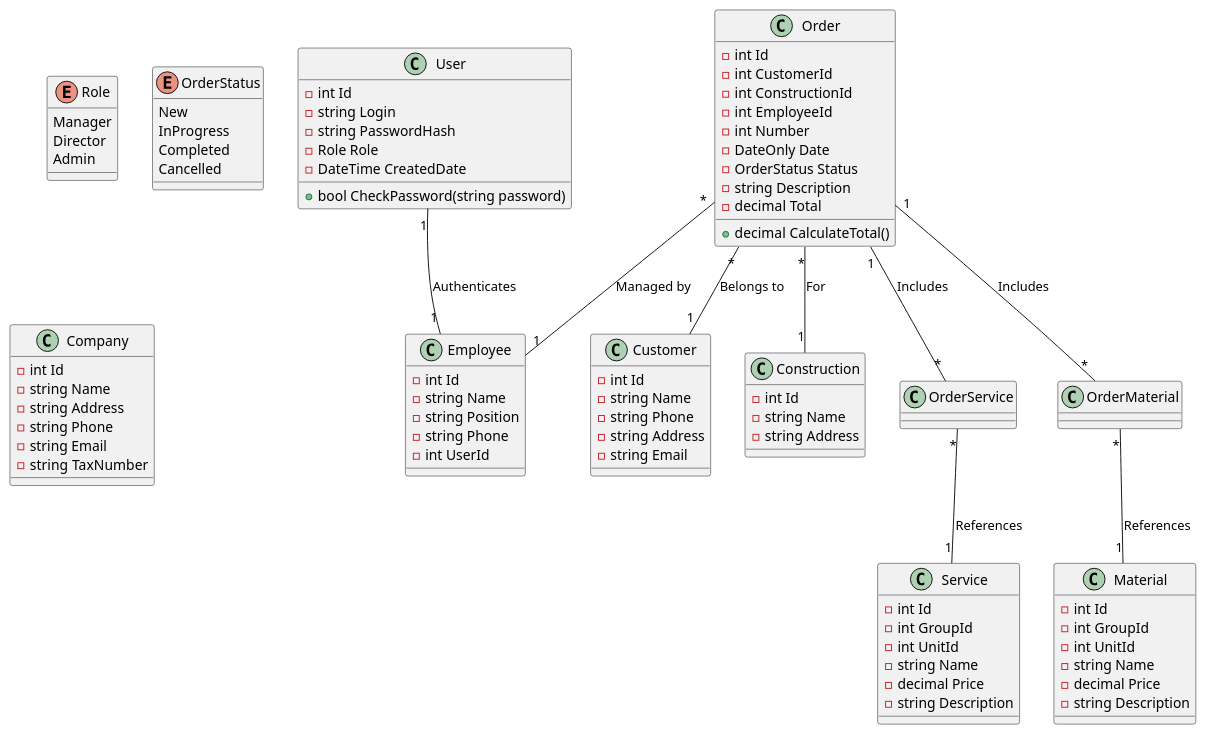
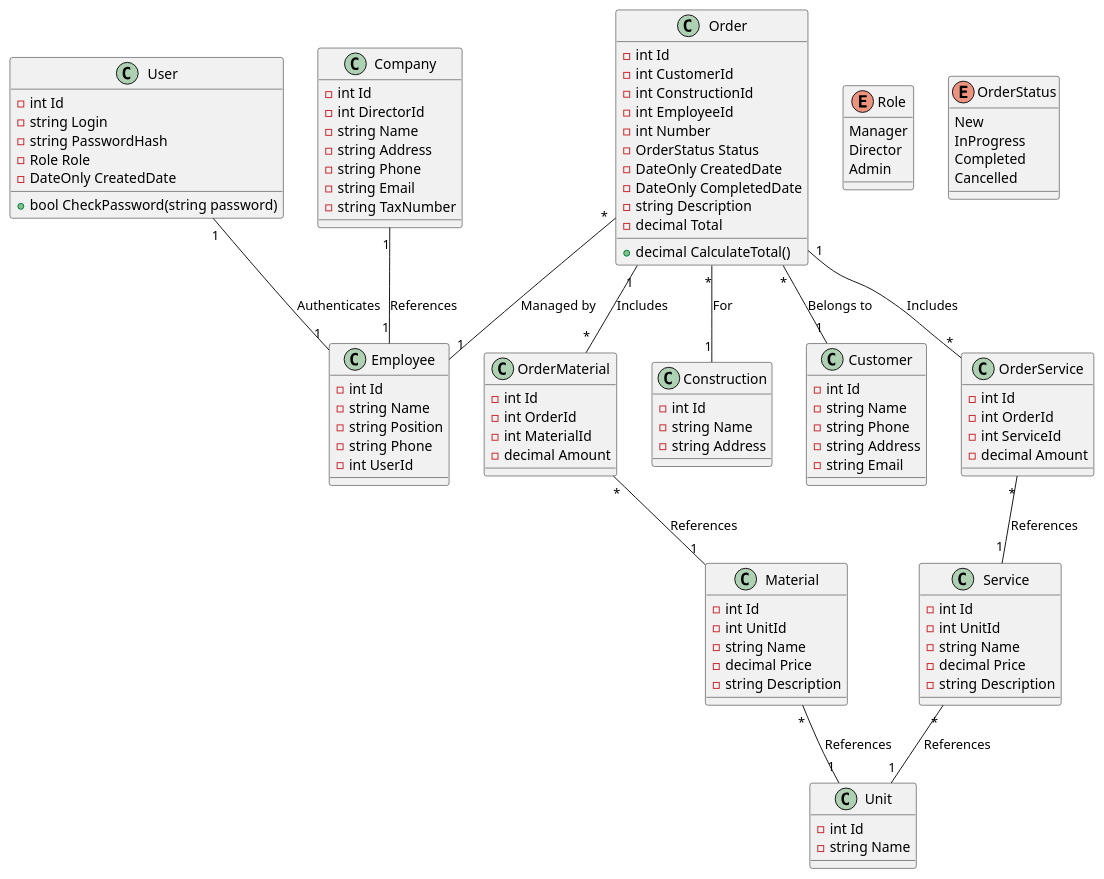
The diagram in Estimate/Документация/Диаграммы/Диаграмма_классов.puml (elaktionovtop/Estimate), drawn with PlantUML before and after one commit. The commit also changed 32 other files, not shown here.

```diff
--- a/Estimate/Документация/Диаграммы/Диаграмма_классов.puml
+++ b/Estimate/Документация/Диаграммы/Диаграмма_классов.puml
@@ -1,97 +1,119 @@
 @startuml
 
 class User {
   -int Id
   -string Login
   -string PasswordHash
   -Role Role
-  -DateTime CreatedDate
+  -DateOnly CreatedDate
   +bool CheckPassword(string password)
 }
 
 enum Role {
   Manager
   Director
   Admin
 }
 
 class Order {
   -int Id
   -int CustomerId
   -int ConstructionId
   -int EmployeeId
   -int Number
-  -DateOnly Date
   -OrderStatus Status
+  -DateOnly CreatedDate
+  -DateOnly CompletedDate
   -string Description
   -decimal Total
   +decimal CalculateTotal()
 }
 
 enum OrderStatus {
   New
   InProgress
   Completed
   Cancelled
 }
 
 class Customer {
   -int Id
   -string Name
   -string Phone
   -string Address
   -string Email
 }
 
 class Service {
   -int Id
-  -int GroupId
   -int UnitId
   -string Name
   -decimal Price
   -string Description
 }
 
+class OrderService {
+  -int Id
+  -int OrderId
+  -int ServiceId
+  -decimal Amount
+}
+
 class Material {
   -int Id
-  -int GroupId
   -int UnitId
   -string Name
   -decimal Price
   -string Description
+}
+
+class OrderMaterial {
+  -int Id
+  -int OrderId
+  -int MaterialId
+  -decimal Amount
+}
+
+class Unit {
+  -int Id
+  -string Name
 }
 
 class Construction {
   -int Id
   -string Name
   -string Address
 }
 
 class Employee {
   -int Id
   -string Name
   -string Position
   -string Phone
   -int UserId
 }
 
 class Company {
   -int Id
+  -int DirectorId
   -string Name
   -string Address
   -string Phone
   -string Email
   -string TaxNumber
 }
 
 ' Связи
 User "1" -- "1" Employee : Authenticates
 Order "*" -- "1" Customer : Belongs to
 Order "*" -- "1" Construction : For
 Order "*" -- "1" Employee : Managed by
 Order "1" -- "*" OrderService : Includes
 Order "1" -- "*" OrderMaterial : Includes
 OrderService "*" -- "1" Service : References
+Service "*" -- "1" Unit : References
 OrderMaterial "*" -- "1" Material : References
+Material "*" -- "1" Unit : References
+Company "1" -- "1" Employee : References
 
 @enduml
```
